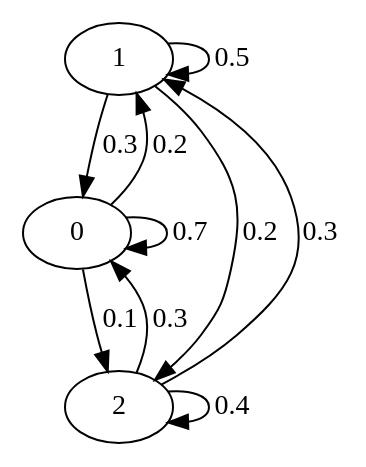
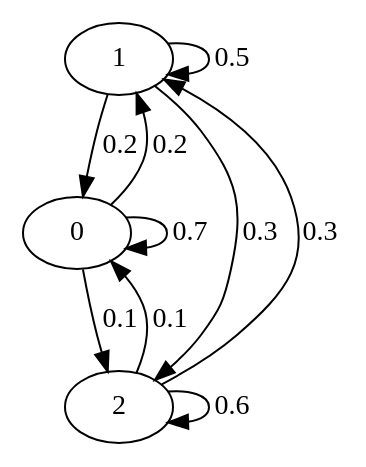
One commit to rakibalfahad/PR_Class changed the diagram in markov.dot. Above: the diagram before and after it, drawn with Graphviz. The commit also changed 4 other files, not shown here.

```diff
--- a/markov.dot
+++ b/markov.dot
@@ -1,14 +1,14 @@
 digraph  {
 1;
 0;
 2;
 1 -> 1  [key=0, weight="0.5", label="0.5"];
-1 -> 0  [key=0, weight="0.3", label="0.3"];
-1 -> 2  [key=0, weight="0.2", label="0.2"];
+1 -> 0  [key=0, weight="0.2", label="0.2"];
+1 -> 2  [key=0, weight="0.3", label="0.3"];
 0 -> 1  [key=0, weight="0.2", label="0.2"];
 0 -> 0  [key=0, weight="0.7", label="0.7"];
 0 -> 2  [key=0, weight="0.1", label="0.1"];
 2 -> 1  [key=0, weight="0.3", label="0.3"];
-2 -> 0  [key=0, weight="0.3", label="0.3"];
-2 -> 2  [key=0, weight="0.4", label="0.4"];
+2 -> 0  [key=0, weight="0.1", label="0.1"];
+2 -> 2  [key=0, weight="0.6", label="0.6"];
 }
```
